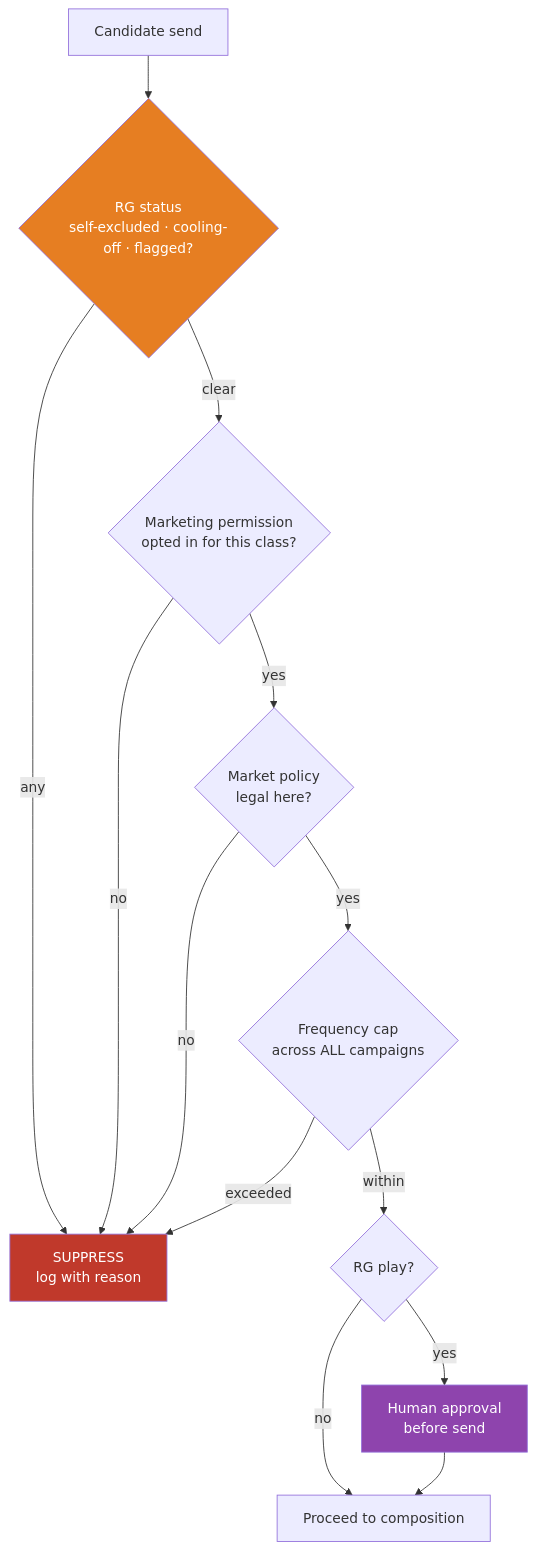
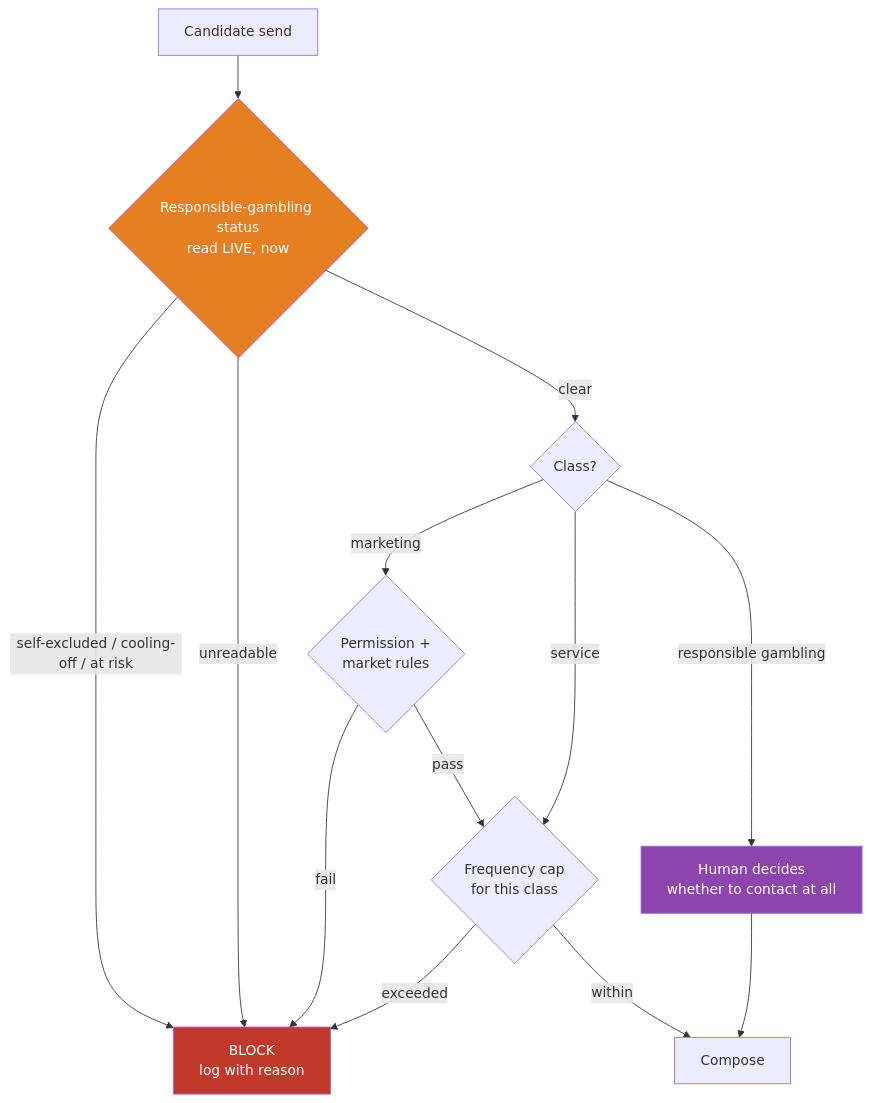
One commit to sdannuri/iGamingAgent changed the tenth of 12 diagrams in Design.md. Above: the diagram before and after it, drawn with Mermaid. The commit also changed other lines of this file and 2 other files, not shown here.

````diff
--- a/Design.md
+++ b/Design.md
@@ -1274,18 +1452,18 @@
 ```mermaid
 graph TB
-    C["Candidate send"] --> S1{"RG status<br/>self-excluded · cooling-off · flagged?"}
-    S1 -->|any| BLK["SUPPRESS<br/>log with reason"]
-    S1 -->|clear| S2{"Marketing permission<br/>opted in for this class?"}
-    S2 -->|no| BLK
-    S2 -->|yes| S3{"Market policy<br/>legal here?"}
-    S3 -->|no| BLK
-    S3 -->|yes| S4{"Frequency cap<br/>across ALL campaigns"}
+    C["Candidate send"] --> S1{"Responsible-gambling status<br/>read LIVE, now"}
+    S1 -->|"self-excluded / cooling-off / at risk"| BLK["BLOCK<br/>log with reason"]
+    S1 -->|"unreadable"| BLK
+    S1 -->|clear| S2{"Class?"}
+    S2 -->|marketing| S3{"Permission +<br/>market rules"}
+    S2 -->|service| S4
+    S2 -->|responsible gambling| HUM["Human decides<br/>whether to contact at all"]
+    S3 -->|fail| BLK
+    S3 -->|pass| S4{"Frequency cap<br/>for this class"}
     S4 -->|exceeded| BLK
-    S4 -->|within| S5{"RG play?"}
-    S5 -->|yes| HUM["Human approval<br/>before send"]
-    S5 -->|no| GO["Proceed to composition"]
+    S4 -->|within| GO["Compose"]
     HUM --> GO
     style BLK fill:#c0392b,color:#fff
     style S1 fill:#e67e22,color:#fff
     style HUM fill:#8e44ad,color:#fff
 ```
````
